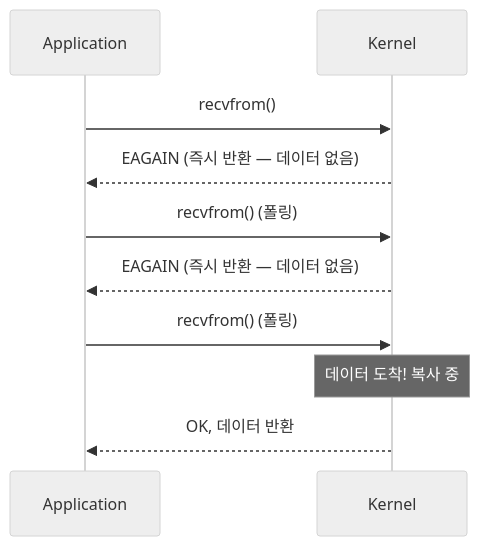
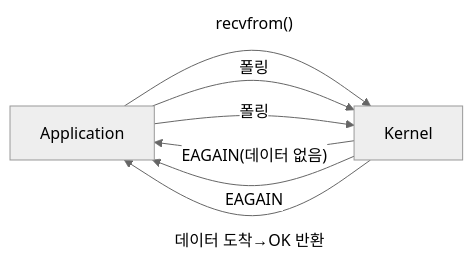
Before and after one commit to yjkim2015/yjkim2015.github.io: the sixth of 9 diagrams in _posts/server/2026-05-01-sync-async-block-nonblock.md, drawn with Mermaid (neutral theme). The commit also changed other lines of this file and 32 other files, not shown here.

First line of the commit message:
sequenceDiagram 82개 → graph LR 변환 완료

````diff
--- a/_posts/server/2026-05-01-sync-async-block-nonblock.md
+++ b/_posts/server/2026-05-01-sync-async-block-nonblock.md
@@ -288,12 +282,9 @@
 ```mermaid
-sequenceDiagram
-    participant App as Application
-    participant K as Kernel
-    App->>K: recvfrom()
-    K-->>App: EAGAIN (즉시 반환 — 데이터 없음)
-    App->>K: recvfrom() (폴링)
-    K-->>App: EAGAIN (즉시 반환 — 데이터 없음)
-    App->>K: recvfrom() (폴링)
-    Note over K: 데이터 도착! 복사 중
-    K-->>App: OK, 데이터 반환
+graph LR
+    App["Application"] -->|"recvfrom()"| K["Kernel"]
+    K -->|"EAGAIN(데이터 없음)"| App
+    App -->|"폴링"| K
+    K -->|"EAGAIN"| App
+    App -->|"폴링"| K
+    K -->|"데이터 도착→OK 반환"| App
 ```
````
